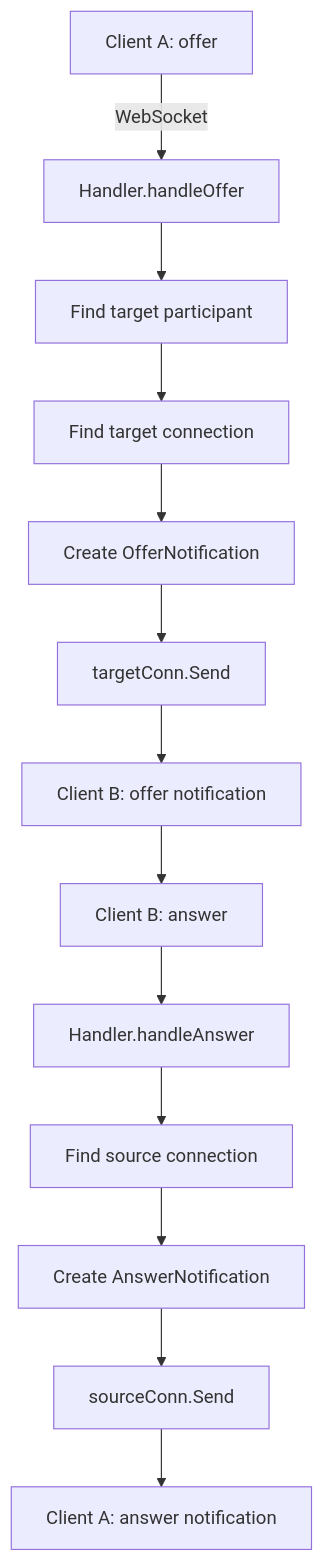
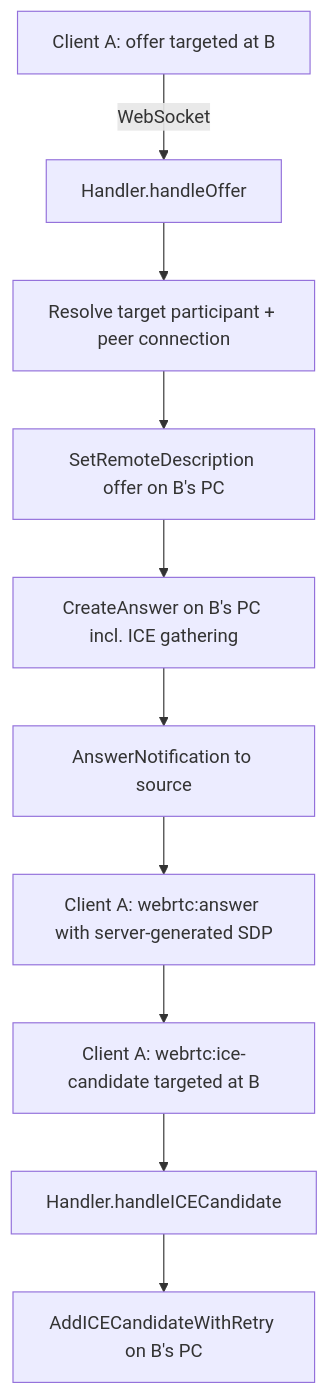
One commit to sajadbayatani/slive changed the second of 2 diagrams in docs/architecture.md. Above: the diagram before and after it, drawn with Mermaid. The commit also changed other lines of this file and 8 other files, not shown here.

````diff
--- a/docs/architecture.md
+++ b/docs/architecture.md
@@ -374,15 +386,12 @@
 ```mermaid
 flowchart TD
-    A[Client A: offer] -->|WebSocket| B[Handler.handleOffer]
-    B --> C[Find target participant]
-    C --> D[Find target connection]
-    D --> E[Create OfferNotification]
-    E --> F[targetConn.Send]
-    F --> G[Client B: offer notification]
-    G --> H[Client B: answer]
-    H --> I[Handler.handleAnswer]
-    I --> J[Find source connection]
-    J --> K[Create AnswerNotification]
-    K --> L[sourceConn.Send]
-    L --> M[Client A: answer notification]
+    A[Client A: offer targeted at B] -->|WebSocket| B[Handler.handleOffer]
+    B --> C[Resolve target participant + peer connection]
+    C --> D[SetRemoteDescription offer on B's PC]
+    D --> E[CreateAnswer on B's PC incl. ICE gathering]
+    E --> F[AnswerNotification to source]
+    F --> G[Client A: webrtc:answer with server-generated SDP]
+    G --> H[Client A: webrtc:ice-candidate targeted at B]
+    H --> I[Handler.handleICECandidate]
+    I --> J[AddICECandidateWithRetry on B's PC]
 ```
````
